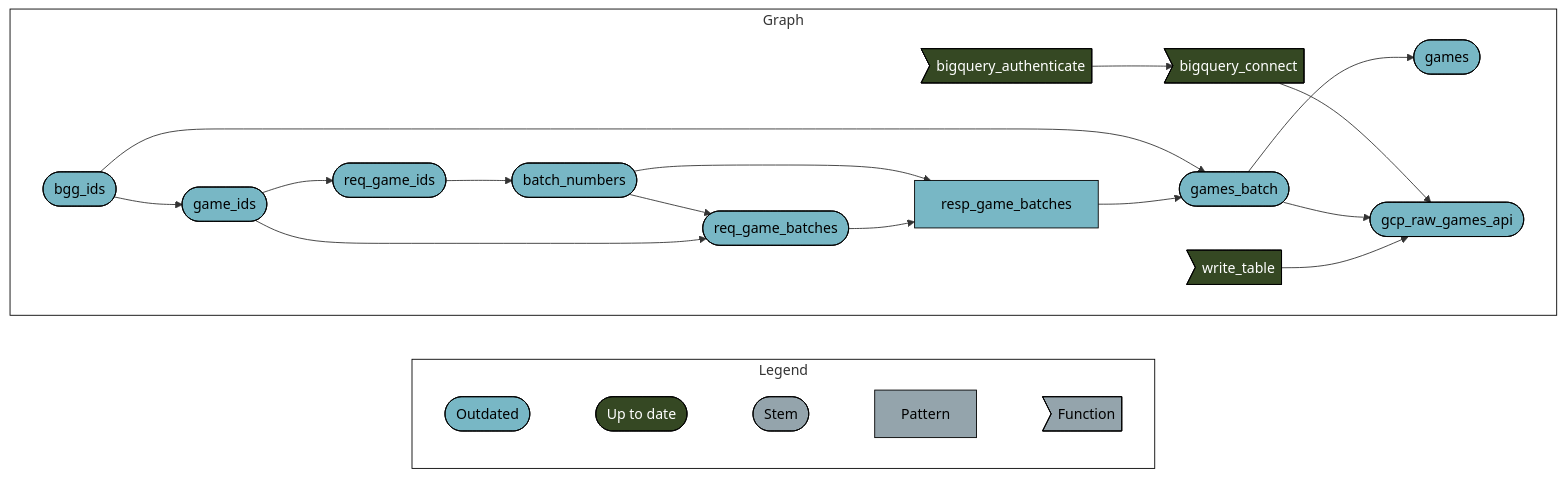
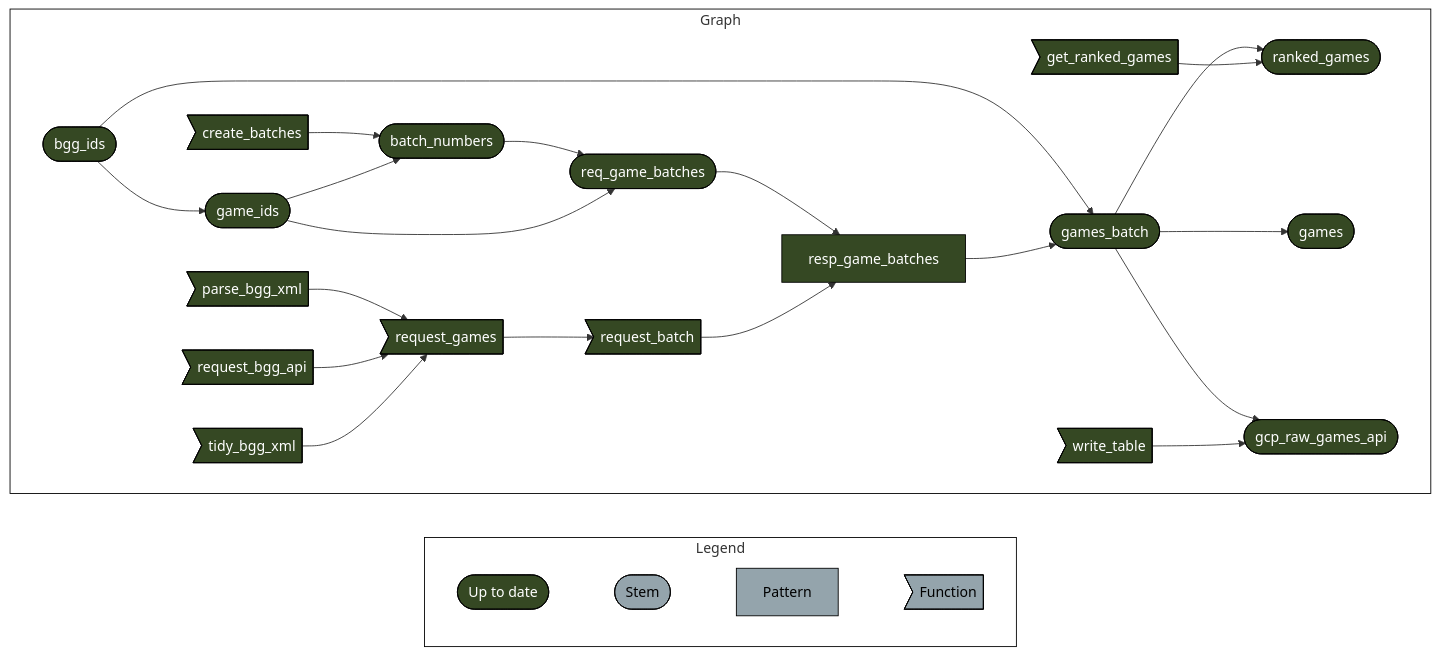
Before and after one commit to phenrickson/bgg_data: the diagram in README.md, drawn with Mermaid. The commit also changed other lines of this file and 3 other files, not shown here.

````diff
--- a/README.md
+++ b/README.md
@@ -19,36 +19,37 @@
 ``` mermaid
 graph LR
   style Legend fill:#FFFFFF00,stroke:#000000;
   style Graph fill:#FFFFFF00,stroke:#000000;
   subgraph Legend
     direction LR
-    x0a52b03877696646([""Outdated""]):::outdated --- x7420bd9270f8d27d([""Up to date""]):::uptodate
     x7420bd9270f8d27d([""Up to date""]):::uptodate --- xbf4603d6c2c2ad6b([""Stem""]):::none
     xbf4603d6c2c2ad6b([""Stem""]):::none --- x70a5fa6bea6f298d[""Pattern""]:::none
     x70a5fa6bea6f298d[""Pattern""]:::none --- xf0bce276fe2b9d3e>""Function""]:::none
   end
   subgraph Graph
     direction LR
-    x4bb830a688852d8d>"bigquery_authenticate"]:::uptodate --> x7caac6022ef34a66>"bigquery_connect"]:::uptodate
-    xb8813b801dfbb37d(["bgg_ids"]):::outdated --> x890dd267a7f272d6(["game_ids"]):::outdated
-    xb8813b801dfbb37d(["bgg_ids"]):::outdated --> x89a75fc9787e4551(["games_batch"]):::outdated
-    x8bcc16a0a814cf48["resp_game_batches"]:::outdated --> x89a75fc9787e4551(["games_batch"]):::outdated
-    x07f403e5660d4aa2(["batch_numbers"]):::outdated --> x8bcc16a0a814cf48["resp_game_batches"]:::outdated
-    x137069f8bf026eca(["req_game_batches"]):::outdated --> x8bcc16a0a814cf48["resp_game_batches"]:::outdated
-    x07f403e5660d4aa2(["batch_numbers"]):::outdated --> x137069f8bf026eca(["req_game_batches"]):::outdated
-    x890dd267a7f272d6(["game_ids"]):::outdated --> x137069f8bf026eca(["req_game_batches"]):::outdated
-    x89a75fc9787e4551(["games_batch"]):::outdated --> x80d94f4f242b8556(["games"]):::outdated
-    x7caac6022ef34a66>"bigquery_connect"]:::uptodate --> xe225e12f9baa6aac(["gcp_raw_games_api"]):::outdated
-    x89a75fc9787e4551(["games_batch"]):::outdated --> xe225e12f9baa6aac(["gcp_raw_games_api"]):::outdated
-    x15726cccffa31d0b>"write_table"]:::uptodate --> xe225e12f9baa6aac(["gcp_raw_games_api"]):::outdated
-    x890dd267a7f272d6(["game_ids"]):::outdated --> x6c2141f9438cc75c(["req_game_ids"]):::outdated
-    x6c2141f9438cc75c(["req_game_ids"]):::outdated --> x07f403e5660d4aa2(["batch_numbers"]):::outdated
+    x39b6812ed242d611>"parse_bgg_xml"]:::uptodate --> x0ebe8341a2442c16>"request_games"]:::uptodate
+    x609b87dc2634ad1d>"request_bgg_api"]:::uptodate --> x0ebe8341a2442c16>"request_games"]:::uptodate
+    x5d06fedf30b364d1>"tidy_bgg_xml"]:::uptodate --> x0ebe8341a2442c16>"request_games"]:::uptodate
+    x0ebe8341a2442c16>"request_games"]:::uptodate --> xfba0da78c0be6556>"request_batch"]:::uptodate
+    x137069f8bf026eca(["req_game_batches"]):::uptodate --> x8bcc16a0a814cf48["resp_game_batches"]:::uptodate
+    xfba0da78c0be6556>"request_batch"]:::uptodate --> x8bcc16a0a814cf48["resp_game_batches"]:::uptodate
+    xb8813b801dfbb37d(["bgg_ids"]):::uptodate --> x89a75fc9787e4551(["games_batch"]):::uptodate
+    x8bcc16a0a814cf48["resp_game_batches"]:::uptodate --> x89a75fc9787e4551(["games_batch"]):::uptodate
+    x89a75fc9787e4551(["games_batch"]):::uptodate --> xbbcfc6254425a416(["ranked_games"]):::uptodate
+    xc47c45fc9f8662c0>"get_ranked_games"]:::uptodate --> xbbcfc6254425a416(["ranked_games"]):::uptodate
+    x89a75fc9787e4551(["games_batch"]):::uptodate --> x80d94f4f242b8556(["games"]):::uptodate
+    x5fee1b5b1808a5a5>"create_batches"]:::uptodate --> x07f403e5660d4aa2(["batch_numbers"]):::uptodate
+    x890dd267a7f272d6(["game_ids"]):::uptodate --> x07f403e5660d4aa2(["batch_numbers"]):::uptodate
+    xb8813b801dfbb37d(["bgg_ids"]):::uptodate --> x890dd267a7f272d6(["game_ids"]):::uptodate
+    x07f403e5660d4aa2(["batch_numbers"]):::uptodate --> x137069f8bf026eca(["req_game_batches"]):::uptodate
+    x890dd267a7f272d6(["game_ids"]):::uptodate --> x137069f8bf026eca(["req_game_batches"]):::uptodate
+    x89a75fc9787e4551(["games_batch"]):::uptodate --> xe225e12f9baa6aac(["gcp_raw_games_api"]):::uptodate
+    x15726cccffa31d0b>"write_table"]:::uptodate --> xe225e12f9baa6aac(["gcp_raw_games_api"]):::uptodate
   end
-  classDef outdated stroke:#000000,color:#000000,fill:#78B7C5;
   classDef uptodate stroke:#000000,color:#ffffff,fill:#354823;
   classDef none stroke:#000000,color:#000000,fill:#94a4ac;
   linkStyle 0 stroke-width:0px;
   linkStyle 1 stroke-width:0px;
   linkStyle 2 stroke-width:0px;
-  linkStyle 3 stroke-width:0px;
 ```
````
